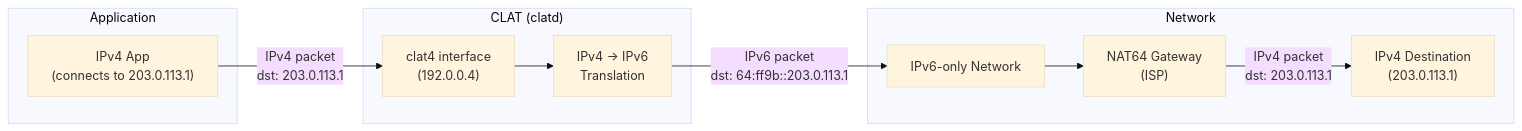
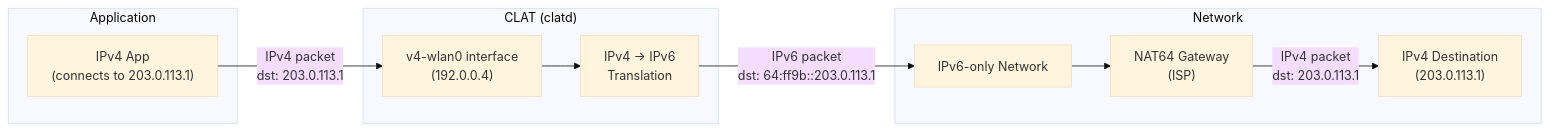
Diagram 46 of 55 in 35-networking.md (aospbooks/aosp-internal-book), drawn with Mermaid (base theme) before and after one commit. The commit also changed other lines of this file and 218 other files, not shown here.

````diff
--- a/35-networking.md
+++ b/35-networking.md
@@ -3921,23 +3945,23 @@
 ```mermaid
 graph LR
     subgraph "Application"
         APP["IPv4 App<br/>(connects to 203.0.113.1)"]
     end
 
     subgraph "CLAT (clatd)"
-        CLAT_IN["clat4 interface<br/>(192.0.0.4)"]
+        CLAT_IN["v4-wlan0 interface<br/>(192.0.0.4)"]
         XLAT["IPv4 -> IPv6<br/>Translation"]
     end
 
     subgraph "Network"
         V6_NET["IPv6-only Network"]
         NAT64["NAT64 Gateway<br/>(ISP)"]
         V4_DST["IPv4 Destination<br/>(203.0.113.1)"]
     end
 
     APP -->|"IPv4 packet<br/>dst: 203.0.113.1"| CLAT_IN
     CLAT_IN --> XLAT
     XLAT -->|"IPv6 packet<br/>dst: 64:ff9b::203.0.113.1"| V6_NET
     V6_NET --> NAT64
     NAT64 -->|"IPv4 packet<br/>dst: 203.0.113.1"| V4_DST
 ```
````
